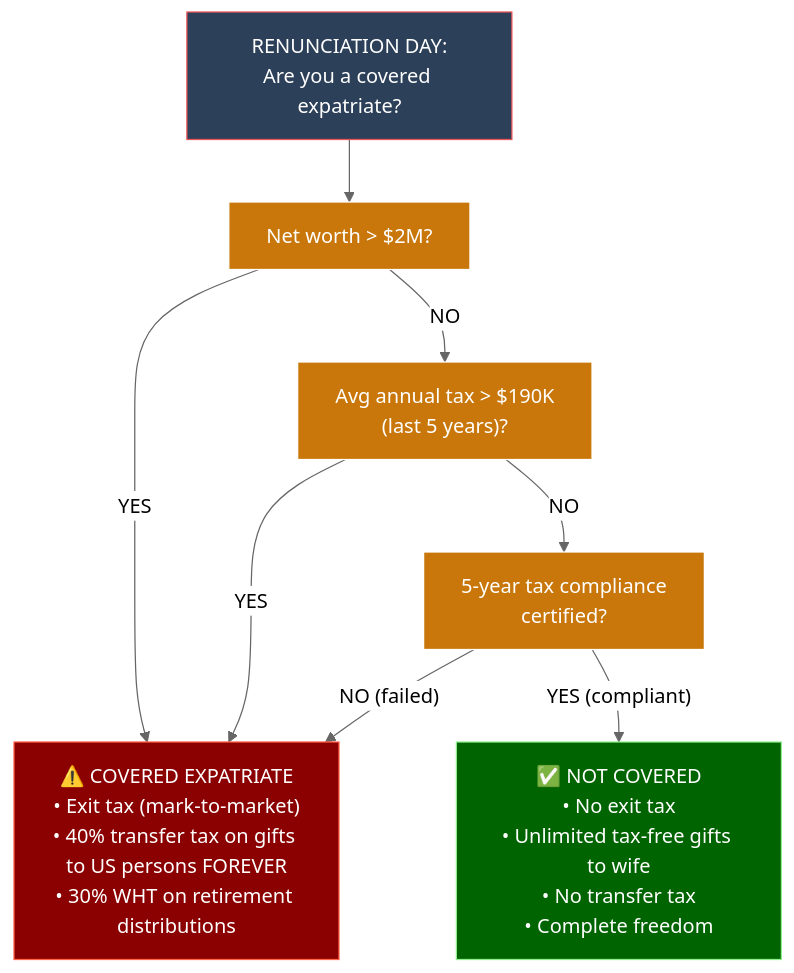
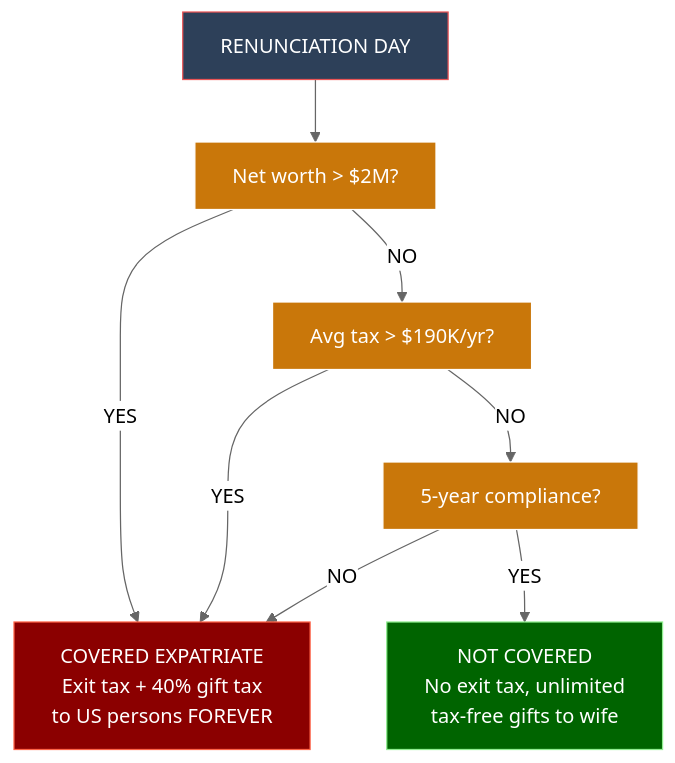
The first of 9 diagrams in docs/tax-structure/light-brands/13-DAN-EXIT-US-AND-LB-SIMPLIFIED-STRUCTURE.md (Light-Brands/epic-center), drawn with Mermaid (neutral theme) before and after one commit. The commit also changed other lines of this file and 1 other file, not shown here.

First line of the commit message:
Trim mermaid diagram text to fit within node boundaries

````diff
--- a/docs/tax-structure/light-brands/13-DAN-EXIT-US-AND-LB-SIMPLIFIED-STRUCTURE.md
+++ b/docs/tax-structure/light-brands/13-DAN-EXIT-US-AND-LB-SIMPLIFIED-STRUCTURE.md
@@ -58,27 +58,27 @@
 ```mermaid
 graph TD
-    START["RENUNCIATION DAY:<br/>Are you a covered expatriate?"]
+    START["RENUNCIATION DAY"]
 
     NW["Net worth > $2M?"]
-    TAX["Avg annual tax > $190K<br/>(last 5 years)?"]
-    COMPLY["5-year tax compliance<br/>certified?"]
+    TAX["Avg tax > $190K/yr?"]
+    COMPLY["5-year compliance?"]
 
-    COVERED["⚠️ COVERED EXPATRIATE<br/>• Exit tax (mark-to-market)<br/>• 40% transfer tax on gifts to US persons FOREVER<br/>• 30% WHT on retirement distributions"]
+    COVERED["COVERED EXPATRIATE<br/>Exit tax + 40% gift tax<br/>to US persons FOREVER"]
 
-    CLEAR["✅ NOT COVERED<br/>• No exit tax<br/>• Unlimited tax-free gifts to wife<br/>• No transfer tax<br/>• Complete freedom"]
+    CLEAR["NOT COVERED<br/>No exit tax, unlimited<br/>tax-free gifts to wife"]
 
     START --> NW
     NW -->|"YES"| COVERED
     NW -->|"NO"| TAX
     TAX -->|"YES"| COVERED
     TAX -->|"NO"| COMPLY
-    COMPLY -->|"NO (failed)"| COVERED
-    COMPLY -->|"YES (compliant)"| CLEAR
+    COMPLY -->|"NO"| COVERED
+    COMPLY -->|"YES"| CLEAR
 
     style COVERED fill:#8b0000,stroke:#ff6347,color:#fff
     style CLEAR fill:#006400,stroke:#90ee90,color:#fff
     style START fill:#2d4059,stroke:#ea5455,color:#fff
     style NW fill:#c9770a,stroke:#fff,color:#fff
     style TAX fill:#c9770a,stroke:#fff,color:#fff
     style COMPLY fill:#c9770a,stroke:#fff,color:#fff
 ```
````
